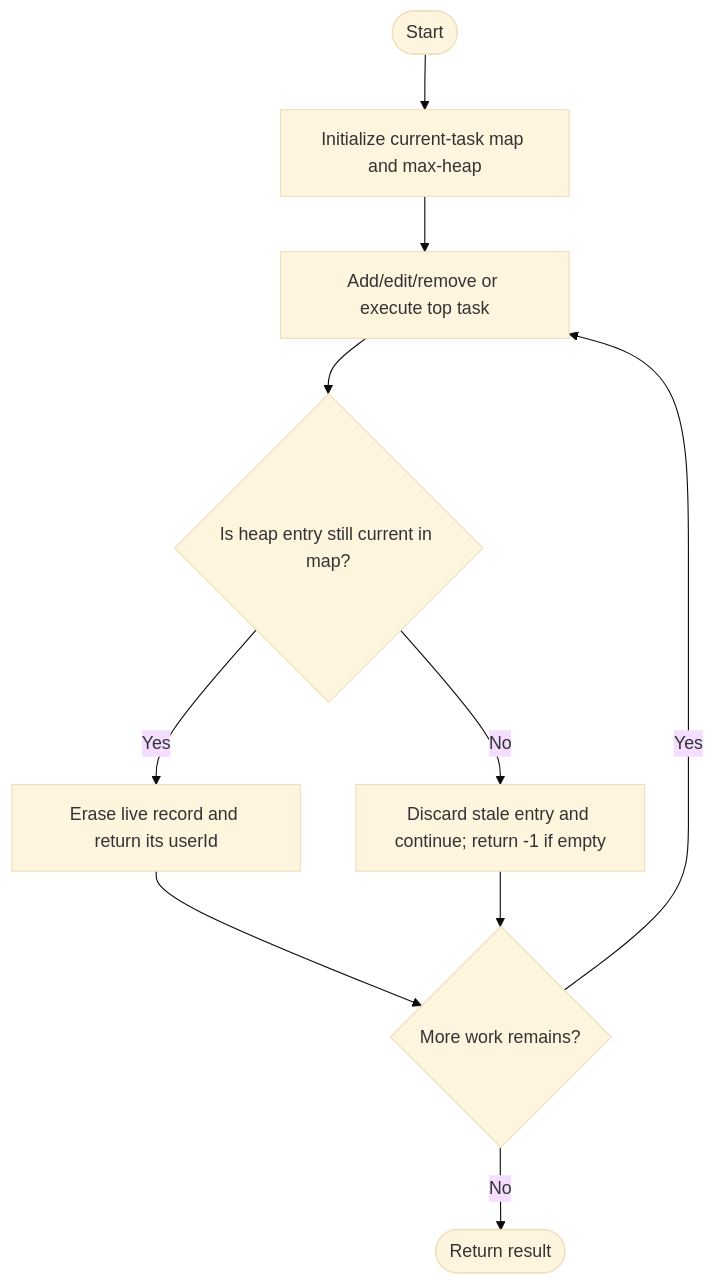
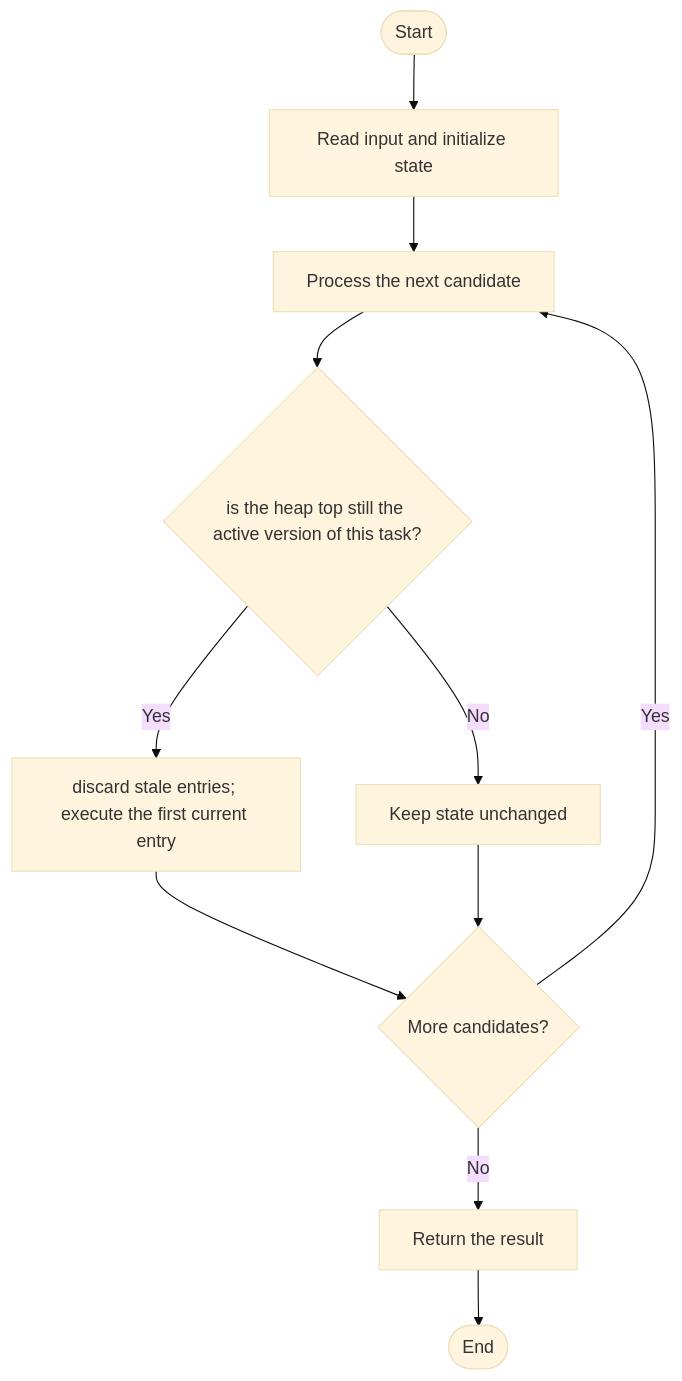
The diagram in LeetCode/3408/README.md (SAIDEEPBHANGE/C-CPP-Codes), drawn with Mermaid (base theme) before and after one commit. The commit also changed other lines of this file and 196 other files, not shown here.

````diff
--- a/LeetCode/3408/README.md
+++ b/LeetCode/3408/README.md
@@ -13,12 +27,13 @@
 ```mermaid
 flowchart TD
- A([Start]) --> B[Initialize current-task map and max-heap]
- B --> C[Add/edit/remove or execute top task]
- C --> D{Is heap entry still current in map?}
- D -- Yes --> E[Erase live record and return its userId]
- D -- No --> F[Discard stale entry and continue; return -1 if empty]
- E --> G{More work remains?}
- F --> G
- G -- Yes --> C
- G -- No --> H([Return result])
+    A([Start]) --> B[Read input and initialize state]
+    B --> C[Process the next candidate]
+    C --> D{is the heap top still the active version of this task?}
+    D -->|Yes| E[discard stale entries; execute the first current entry]
+    D -->|No| F[Keep state unchanged]
+    E --> G{More candidates?}
+    F --> G
+    G -->|Yes| C
+    G -->|No| H[Return the result]
+    H --> I([End])
 ```
````
